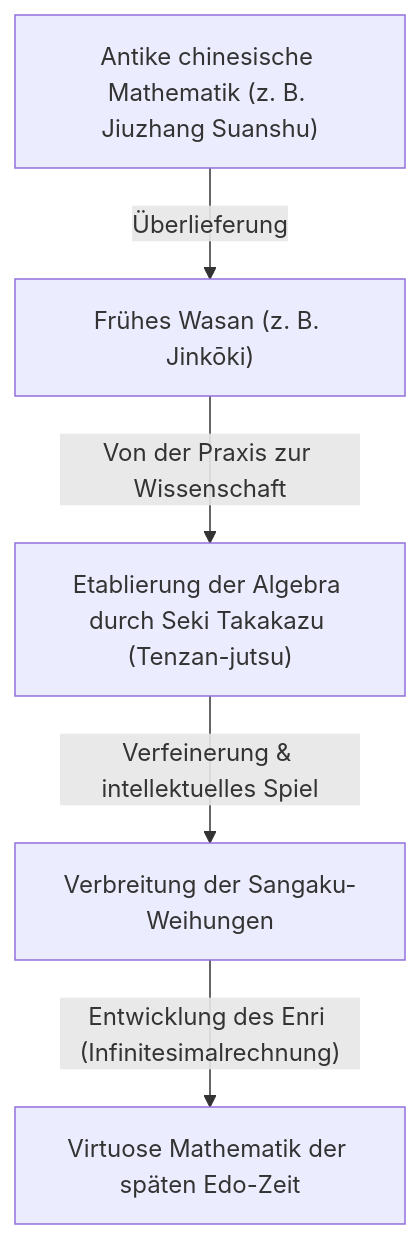
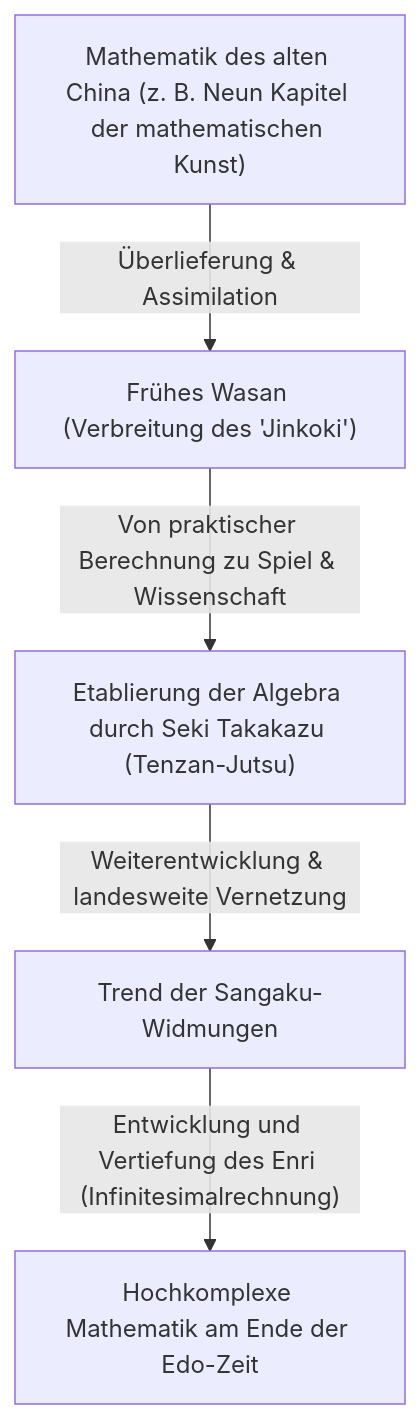
Before and after one commit to kenjinote/blog: the first of 2 diagrams in content/post/history-of-wasan-japanese-mathematics/index.de.md, drawn with Mermaid. The commit also changed other lines of this file and 129 other files, not shown here.

````diff
--- a/content/post/history-of-wasan-japanese-mathematics/index.de.md
+++ b/content/post/history-of-wasan-japanese-mathematics/index.de.md
@@ -17,7 +25,7 @@
 ```mermaid
 graph TD
-    A["Antike chinesische Mathematik (z. B. Jiuzhang Suanshu)"] -- "Überlieferung" --> B["Frühes Wasan (z. B. Jinkōki)"]
-    B -- "Von der Praxis zur Wissenschaft" --> C["Etablierung der Algebra durch Seki Takakazu (Tenzan-jutsu)"]
-    C -- "Verfeinerung & intellektuelles Spiel" --> D["Verbreitung der Sangaku-Weihungen"]
-    D -- "Entwicklung des Enri (Infinitesimalrechnung)" --> E["Virtuose Mathematik der späten Edo-Zeit"]
+    A["Mathematik des alten China (z. B. Neun Kapitel der mathematischen Kunst)"] -- "Überlieferung & Assimilation" --> B["Frühes Wasan (Verbreitung des 'Jinkoki')"]
+    B -- "Von praktischer Berechnung zu Spiel & Wissenschaft" --> C["Etablierung der Algebra durch Seki Takakazu (Tenzan-Jutsu)"]
+    C -- "Weiterentwicklung & landesweite Vernetzung" --> D["Trend der Sangaku-Widmungen"]
+    D -- "Entwicklung und Vertiefung des Enri (Infinitesimalrechnung)" --> E["Hochkomplexe Mathematik am Ende der Edo-Zeit"]
 ```
````
